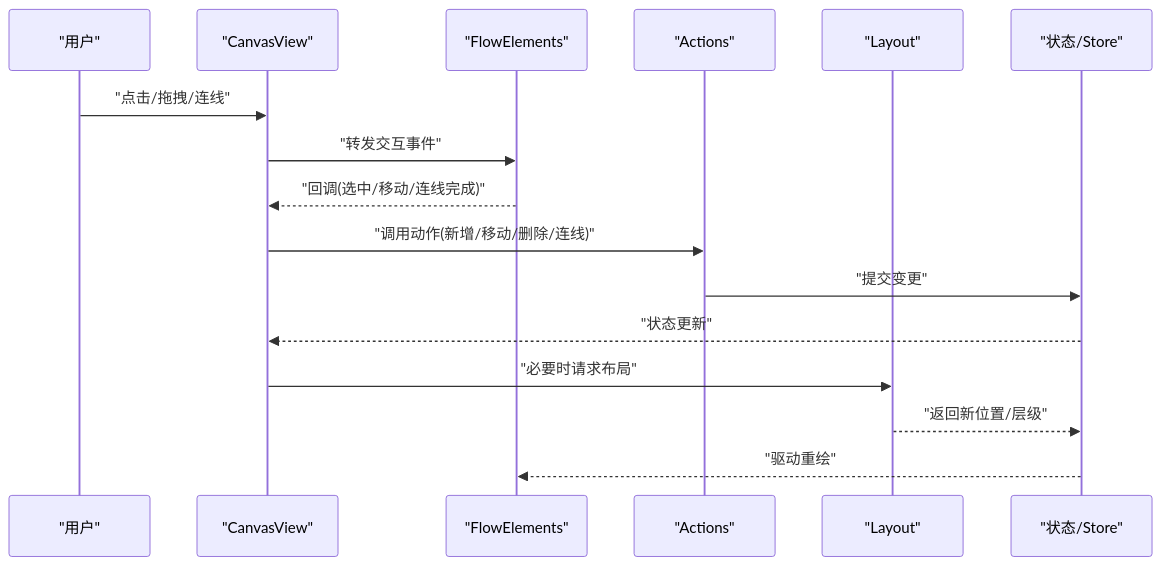
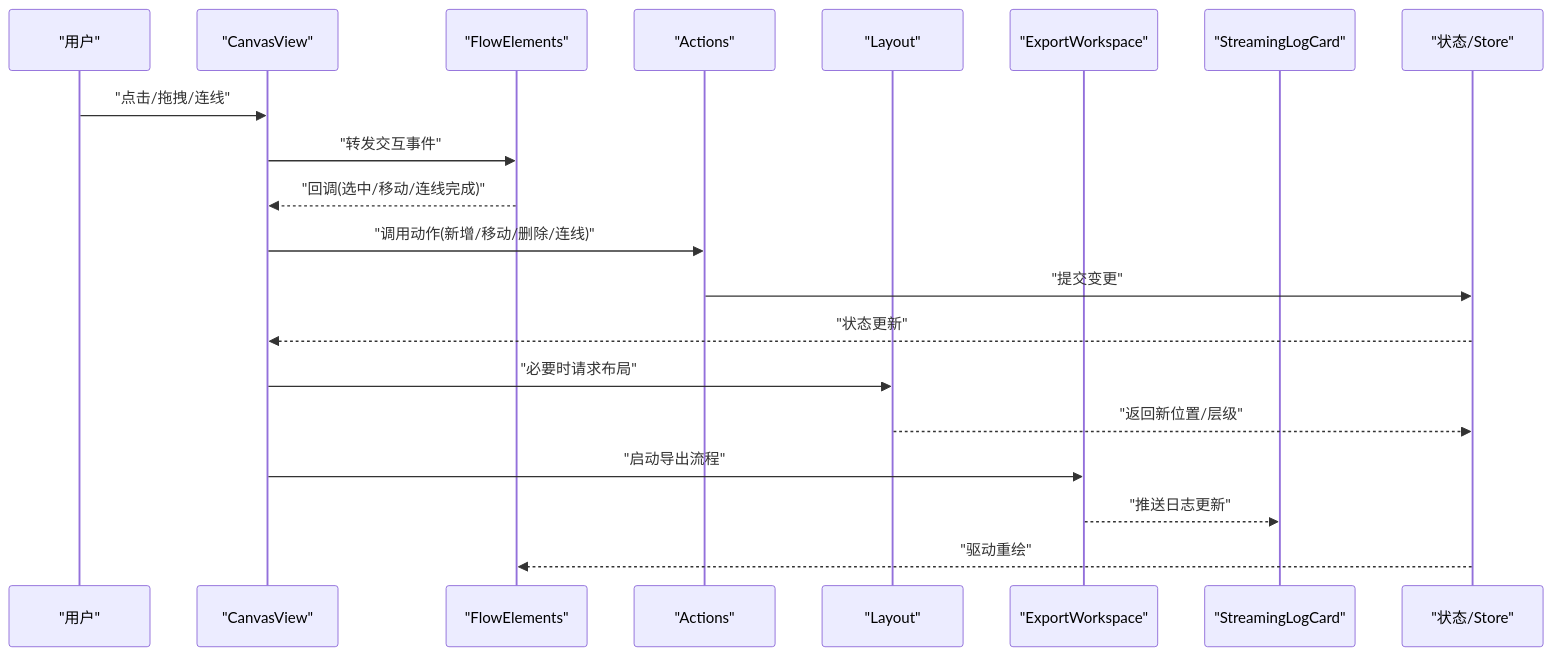
Before and after one commit to AIMFllyYS/code-video-canvas: the second of 6 diagrams in .qoder/repowiki/zh/content/核心功能模块/画布编辑器/画布编辑器.md, drawn with Mermaid. The commit also changed other lines of this file and 47 other files, not shown here.

````diff
--- a/.qoder/repowiki/zh/content/核心功能模块/画布编辑器/画布编辑器.md
+++ b/.qoder/repowiki/zh/content/核心功能模块/画布编辑器/画布编辑器.md
@@ -130,18 +153,22 @@
 ```mermaid
 sequenceDiagram
 participant U as "用户"
 participant V as "CanvasView"
 participant FE as "FlowElements"
 participant ACT as "Actions"
 participant LYT as "Layout"
+participant EXP as "ExportWorkspace"
+participant LOG as "StreamingLogCard"
 participant ST as "状态/Store"
 U->>V : "点击/拖拽/连线"
 V->>FE : "转发交互事件"
 FE-->>V : "回调(选中/移动/连线完成)"
 V->>ACT : "调用动作(新增/移动/删除/连线)"
 ACT->>ST : "提交变更"
 ST-->>V : "状态更新"
 V->>LYT : "必要时请求布局"
 LYT-->>ST : "返回新位置/层级"
+V->>EXP : "启动导出流程"
+EXP-->>LOG : "推送日志更新"
 ST-->>FE : "驱动重绘"
 ```
````
